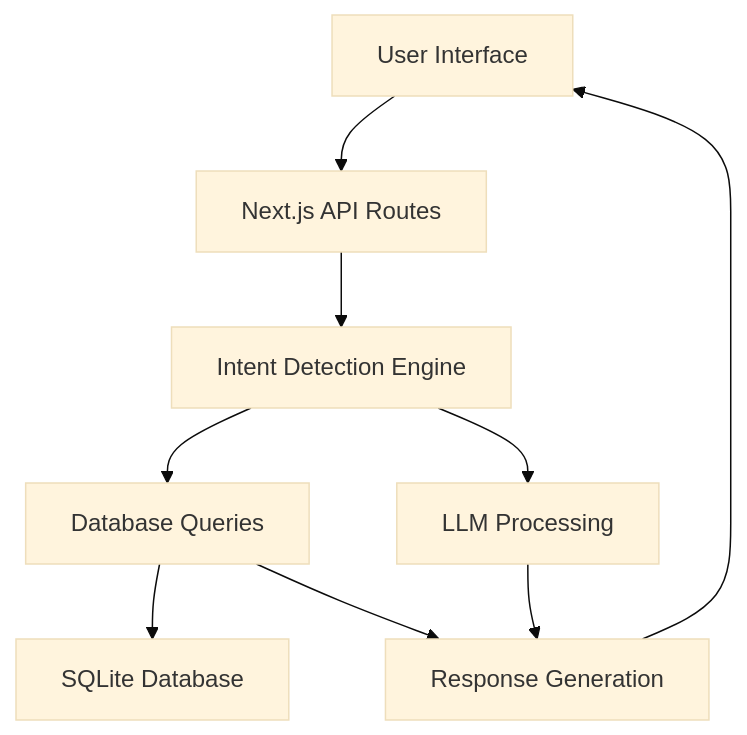
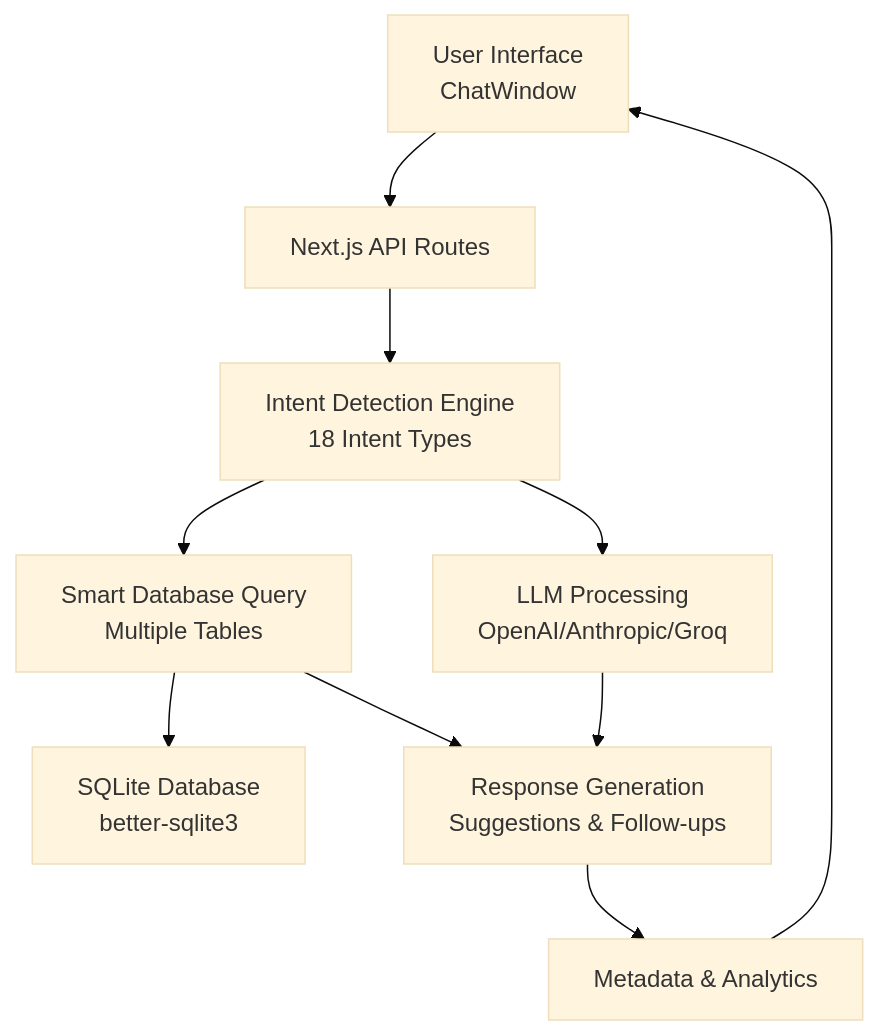
Before and after one commit to RensithUdara/Customer-Support-Chatbot: the diagram in README.md, drawn with Mermaid (base theme). The commit also changed other lines of this file, not shown here.

````diff
--- a/README.md
+++ b/README.md
@@ -105,11 +108,12 @@
 ```mermaid
 graph TD
-    A[User Interface] --> B[Next.js API Routes]
-    B --> C[Intent Detection Engine]
-    C --> D[Database Queries]
-    C --> E[LLM Processing]
-    D --> F[SQLite Database]
-    E --> G[Response Generation]
+    A[User Interface<br/>ChatWindow] --> B[Next.js API Routes]
+    B --> C[Intent Detection Engine<br/>18 Intent Types]
+    C --> D[Smart Database Query<br/>Multiple Tables]
+    C --> E[LLM Processing<br/>OpenAI/Anthropic/Groq]
+    D --> F[SQLite Database<br/>better-sqlite3]
+    E --> G[Response Generation<br/>Suggestions & Follow-ups]
     D --> G
-    G --> A
+    G --> H[Metadata & Analytics]
+    H --> A
 ```
````
